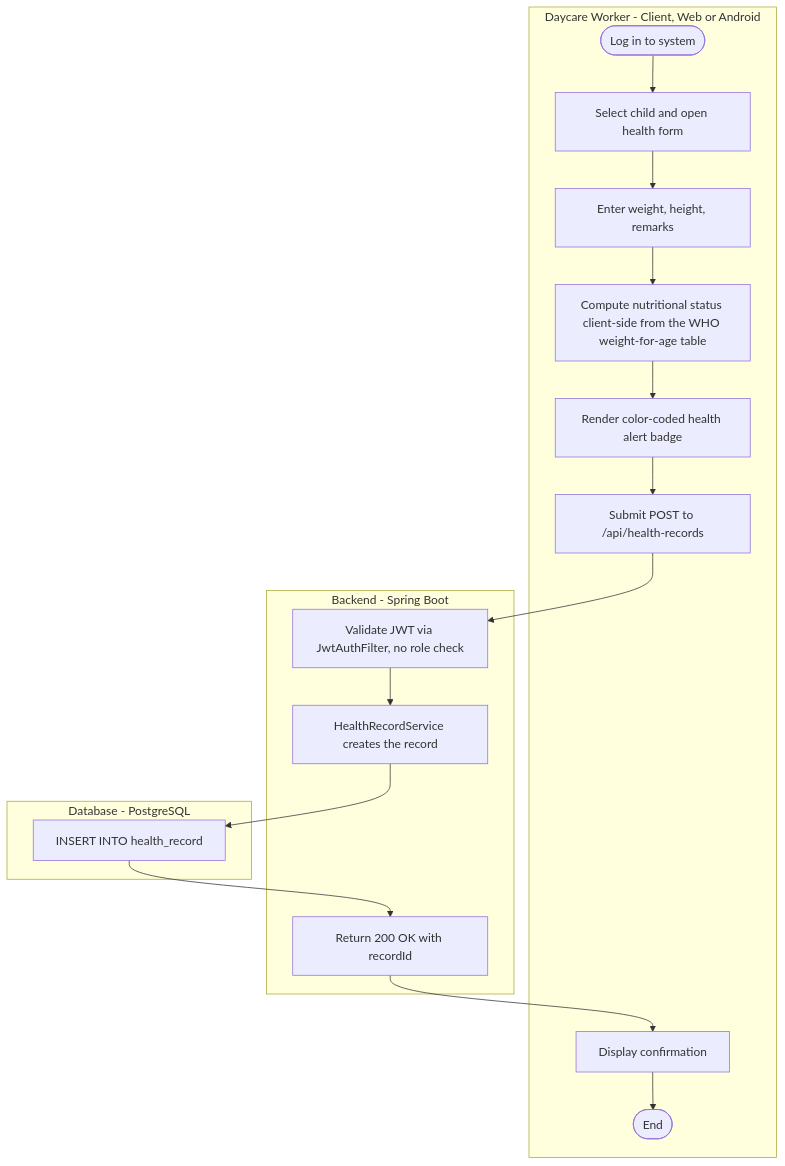
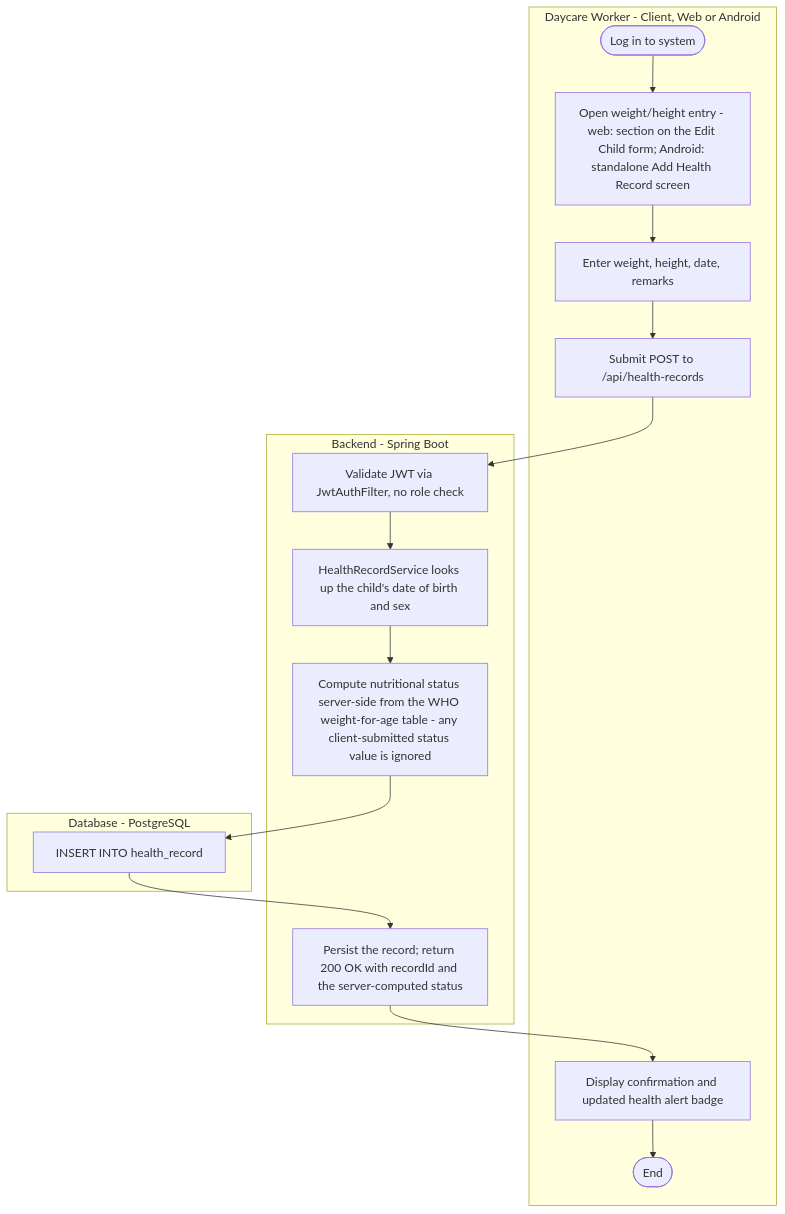
Before and after one commit to earl1605/daycarelog: the third of 4 diagrams in docs/SRS_v2.1_revised.md, drawn with Mermaid. The commit also changed other lines of this file, not shown here.

First line of the commit message:
docs: update SRS to v2.3 for health record & immunization tracking (web-only)

````diff
--- a/docs/SRS_v2.1_revised.md
+++ b/docs/SRS_v2.1_revised.md
@@ -337,21 +377,20 @@
 ```mermaid
 flowchart TD
     subgraph Client["Daycare Worker - Client, Web or Android"]
-        A1([Log in to system]) --> A2[Select child and open health form]
-        A2 --> A3[Enter weight, height, remarks]
-        A3 --> A4[Compute nutritional status client-side from the WHO weight-for-age table]
-        A4 --> A5[Render color-coded health alert badge]
-        A5 --> A6[Submit POST to /api/health-records]
-        A9[Display confirmation] --> A10([End])
+        A1([Log in to system]) --> A2["Open weight/height entry - web: section on the Edit Child form; Android: standalone Add Health Record screen"]
+        A2 --> A3[Enter weight, height, date, remarks]
+        A3 --> A6[Submit POST to /api/health-records]
+        A9[Display confirmation and updated health alert badge] --> A10([End])
     end
     subgraph Backend["Backend - Spring Boot"]
         B1[Validate JWT via JwtAuthFilter, no role check]
-        B2[HealthRecordService creates the record]
-        B3[Return 200 OK with recordId]
+        B2[HealthRecordService looks up the child's date of birth and sex]
+        B2b[Compute nutritional status server-side from the WHO weight-for-age table - any client-submitted status value is ignored]
+        B3[Persist the record; return 200 OK with recordId and the server-computed status]
     end
     subgraph Database["Database - PostgreSQL"]
         D1[INSERT INTO health_record]
     end
 
-    A6 --> B1 --> B2 --> D1 --> B3 --> A9
+    A6 --> B1 --> B2 --> B2b --> D1 --> B3 --> A9
 ```
````
